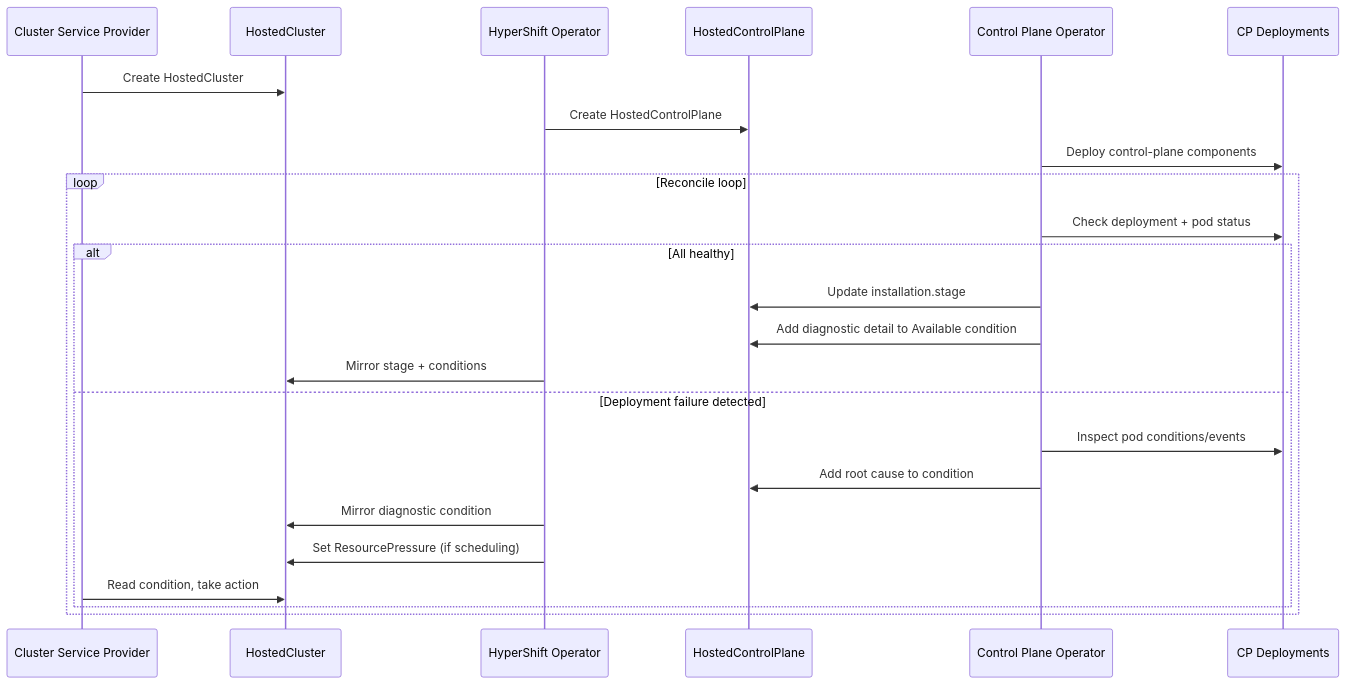
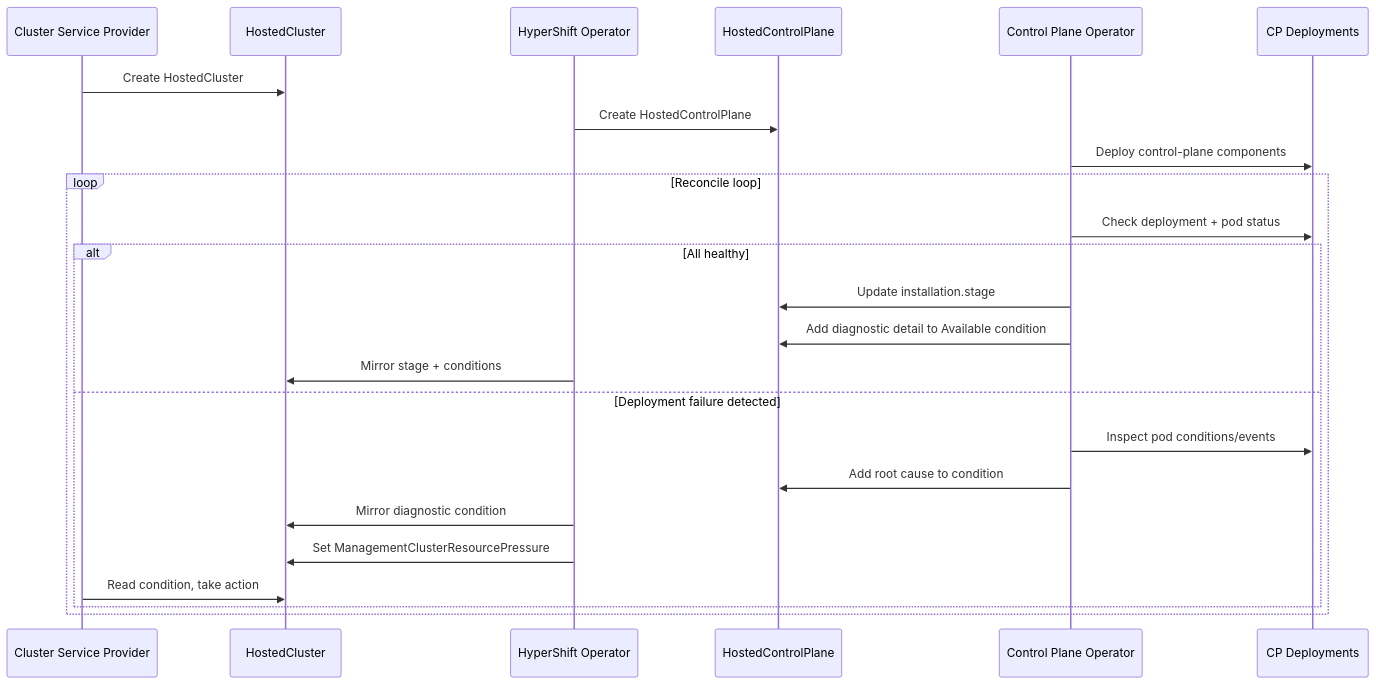
The second of 2 diagrams in enhancements/hypershift/installation-failure-debuggability.md (openshift/enhancements), drawn with Mermaid before and after one commit. The commit also changed other lines of this file, not shown here.

````diff
--- a/enhancements/hypershift/installation-failure-debuggability.md
+++ b/enhancements/hypershift/installation-failure-debuggability.md
@@ -549,27 +513,27 @@
 ```mermaid
 sequenceDiagram
     participant CSP as Cluster Service Provider
     participant HC as HostedCluster
     participant HO as HyperShift Operator
     participant HCP as HostedControlPlane
     participant CPO as Control Plane Operator
     participant Pods as CP Deployments
 
     CSP->>HC: Create HostedCluster
     HO->>HCP: Create HostedControlPlane
     CPO->>Pods: Deploy control-plane components
     loop Reconcile loop
         CPO->>Pods: Check deployment + pod status
         alt All healthy
             CPO->>HCP: Update installation.stage
             CPO->>HCP: Add diagnostic detail to Available condition
             HO->>HC: Mirror stage + conditions
         else Deployment failure detected
             CPO->>Pods: Inspect pod conditions/events
             CPO->>HCP: Add root cause to condition
             HO->>HC: Mirror diagnostic condition
-            HO->>HC: Set ResourcePressure (if scheduling)
+            HO->>HC: Set ManagementClusterResourcePressure
             CSP->>HC: Read condition, take action
         end
     end
 ```
````
